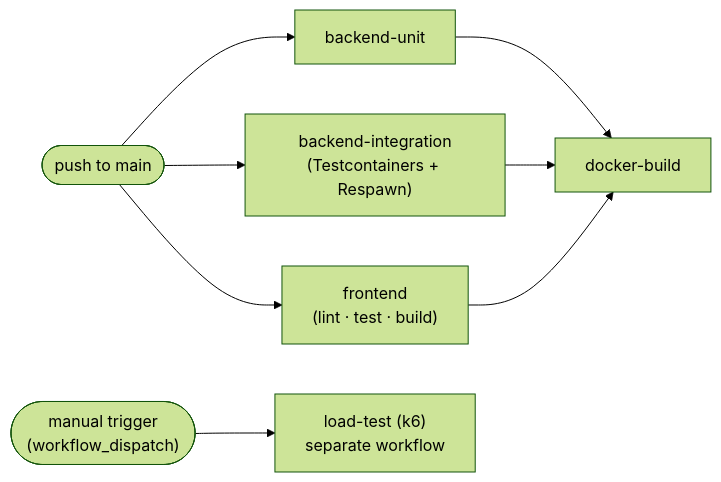
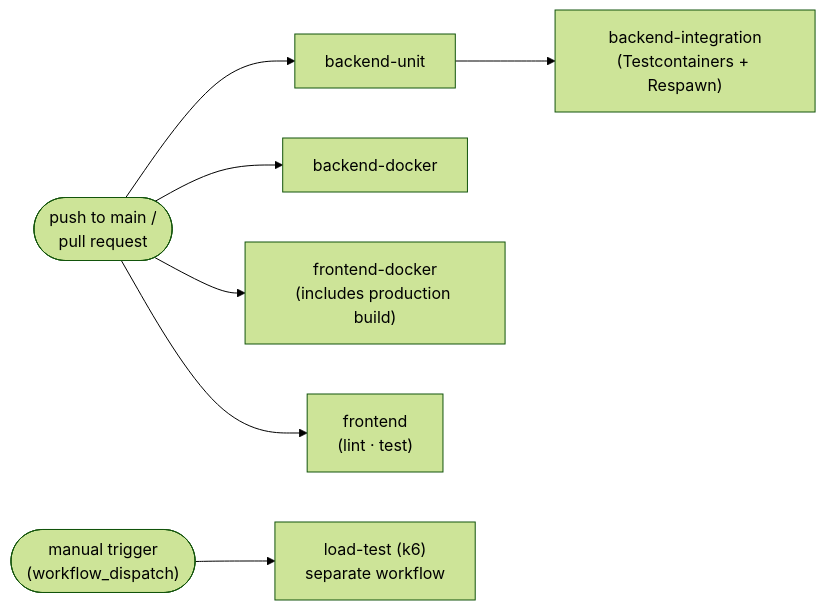
Before and after one commit to tony-engineering/storefront-blueprint: the fourth of 4 diagrams in ARCHITECTURE.md, drawn with Mermaid (forest theme). The commit also changed other lines of this file, not shown here.

First line of the commit message:
Document CI pipeline design and narrow unit test scope

````diff
--- a/ARCHITECTURE.md
+++ b/ARCHITECTURE.md
@@ -386,11 +388,10 @@
 ```mermaid
 flowchart LR
-    Push(["push to main"]) --> Unit["backend-unit"]
-    Push --> Int["backend-integration<br/>(Testcontainers + Respawn)"]
-    Push --> Fe["frontend<br/>(lint · test · build)"]
-    Unit --> Docker["docker-build"]
-    Int --> Docker
-    Fe --> Docker
+    Push(["push to main /<br/>pull request"]) --> Unit["backend-unit"]
+    Unit --> Int["backend-integration<br/>(Testcontainers + Respawn)"]
+    Push --> BeDocker["backend-docker"]
+    Push --> FeDocker["frontend-docker<br/>(includes production build)"]
+    Push --> Fe["frontend<br/>(lint · test)"]
 
     Manual(["manual trigger<br/>(workflow_dispatch)"]) --> Load["load-test (k6)<br/>separate workflow"]
 ```
````
